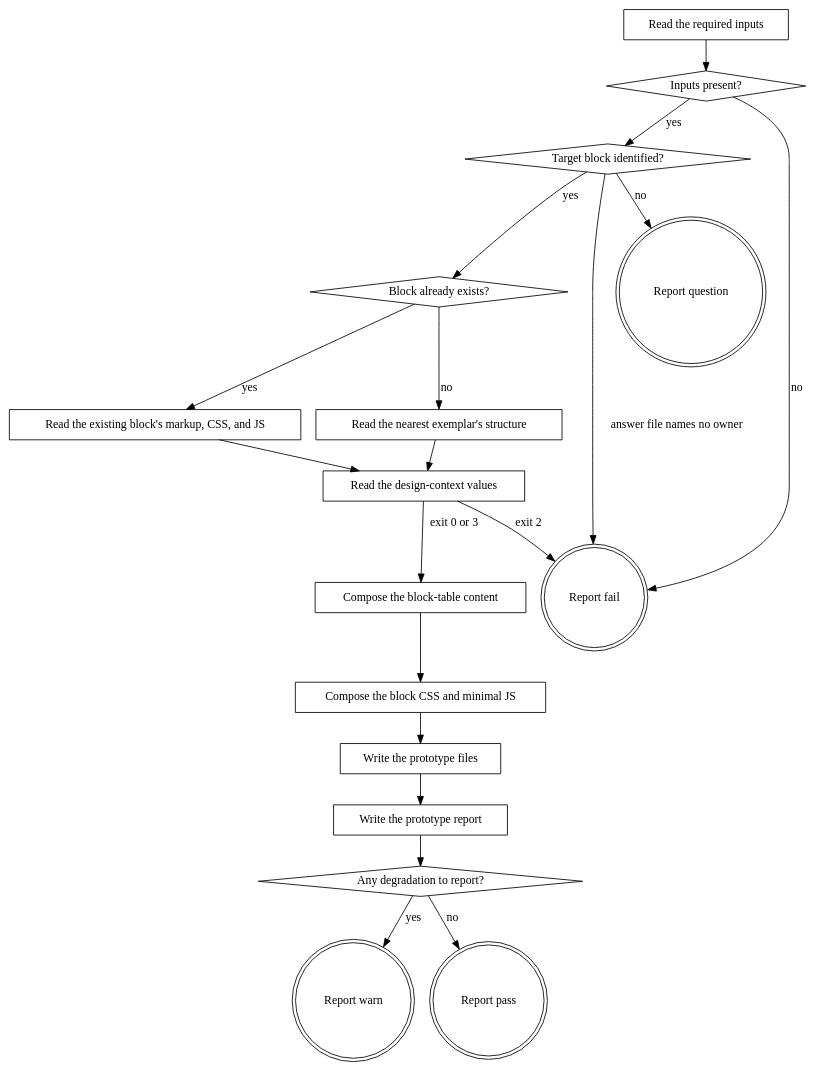
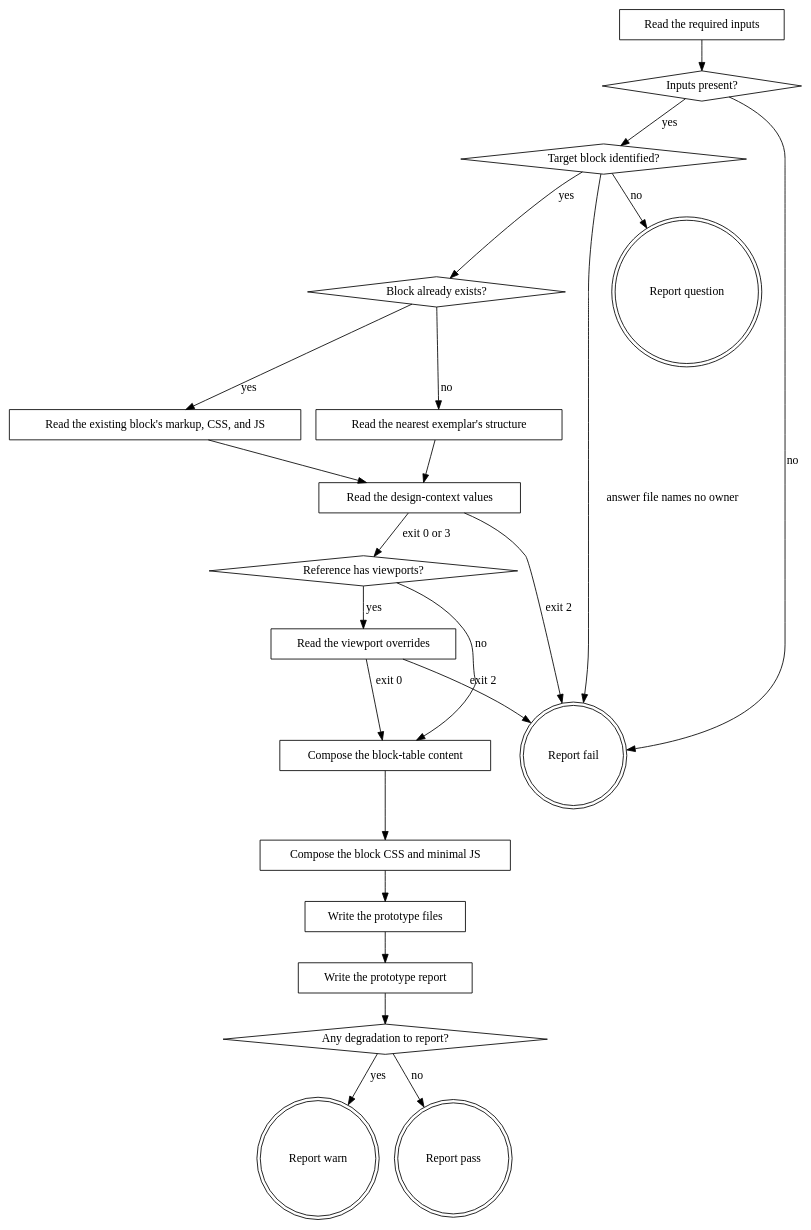
Before and after one commit to agenticDraft/aem-eds-ai-workflow-demo: the diagram in plugins/eds/skills/eds-prototype/SKILL.md, drawn with Graphviz. The commit also changed other lines of this file, not shown here.

First line of the commit message:
eds-prototype writes viewport overrides mobile-first and reports the variants it could not place

````diff
--- a/plugins/eds/skills/eds-prototype/SKILL.md
+++ b/plugins/eds/skills/eds-prototype/SKILL.md
@@ -44,39 +45,45 @@
 ```dot
 digraph eds_prototype {
     "Read the required inputs" [shape=box];
     "Inputs present?" [shape=diamond];
     "Target block identified?" [shape=diamond];
     "Block already exists?" [shape=diamond];
     "Read the existing block's markup, CSS, and JS" [shape=box];
     "Read the nearest exemplar's structure" [shape=box];
     "Read the design-context values" [shape=box];
+    "Reference has viewports?" [shape=diamond];
+    "Read the viewport overrides" [shape=box];
     "Compose the block-table content" [shape=box];
     "Compose the block CSS and minimal JS" [shape=box];
     "Write the prototype files" [shape=box];
     "Write the prototype report" [shape=box];
     "Any degradation to report?" [shape=diamond];
     "Report fail" [shape=doublecircle];
     "Report question" [shape=doublecircle];
     "Report warn" [shape=doublecircle];
     "Report pass" [shape=doublecircle];
 
     "Read the required inputs" -> "Inputs present?";
     "Inputs present?" -> "Target block identified?" [label="yes"];
     "Inputs present?" -> "Report fail" [label="no"];
     "Target block identified?" -> "Block already exists?" [label="yes"];
     "Target block identified?" -> "Report question" [label="no"];
     "Target block identified?" -> "Report fail" [label="answer file names no owner"];
     "Block already exists?" -> "Read the existing block's markup, CSS, and JS" [label="yes"];
     "Block already exists?" -> "Read the nearest exemplar's structure" [label="no"];
     "Read the existing block's markup, CSS, and JS" -> "Read the design-context values";
     "Read the nearest exemplar's structure" -> "Read the design-context values";
-    "Read the design-context values" -> "Compose the block-table content" [label="exit 0 or 3"];
+    "Read the design-context values" -> "Reference has viewports?" [label="exit 0 or 3"];
     "Read the design-context values" -> "Report fail" [label="exit 2"];
+    "Reference has viewports?" -> "Read the viewport overrides" [label="yes"];
+    "Reference has viewports?" -> "Compose the block-table content" [label="no"];
+    "Read the viewport overrides" -> "Compose the block-table content" [label="exit 0"];
+    "Read the viewport overrides" -> "Report fail" [label="exit 2"];
     "Compose the block-table content" -> "Compose the block CSS and minimal JS";
     "Compose the block CSS and minimal JS" -> "Write the prototype files";
     "Write the prototype files" -> "Write the prototype report";
     "Write the prototype report" -> "Any degradation to report?";
     "Any degradation to report?" -> "Report warn" [label="yes"];
     "Any degradation to report?" -> "Report pass" [label="no"];
 }
 ```
````
